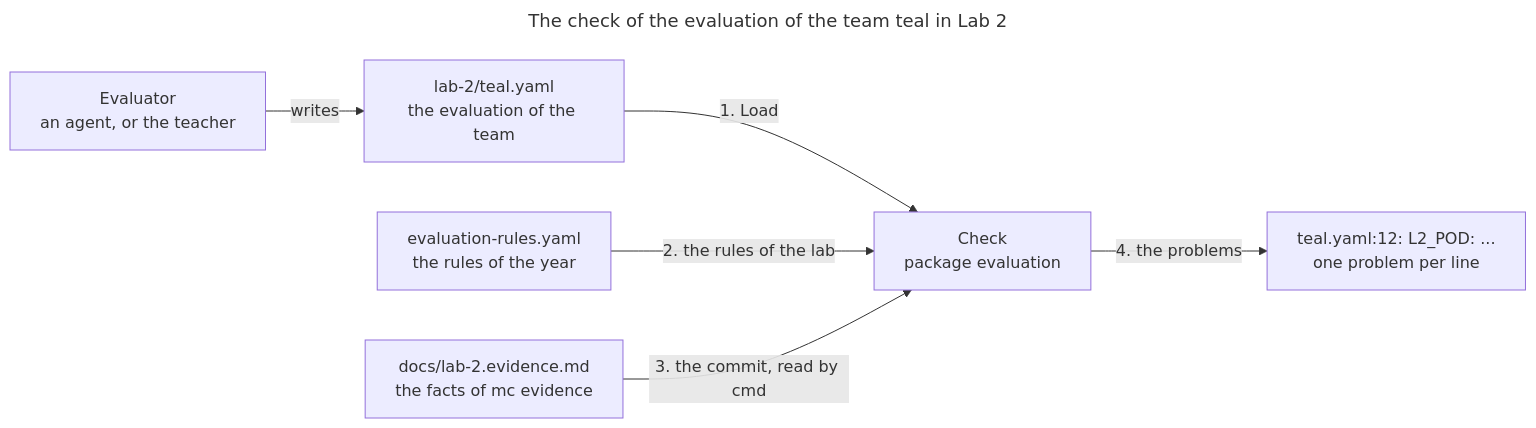
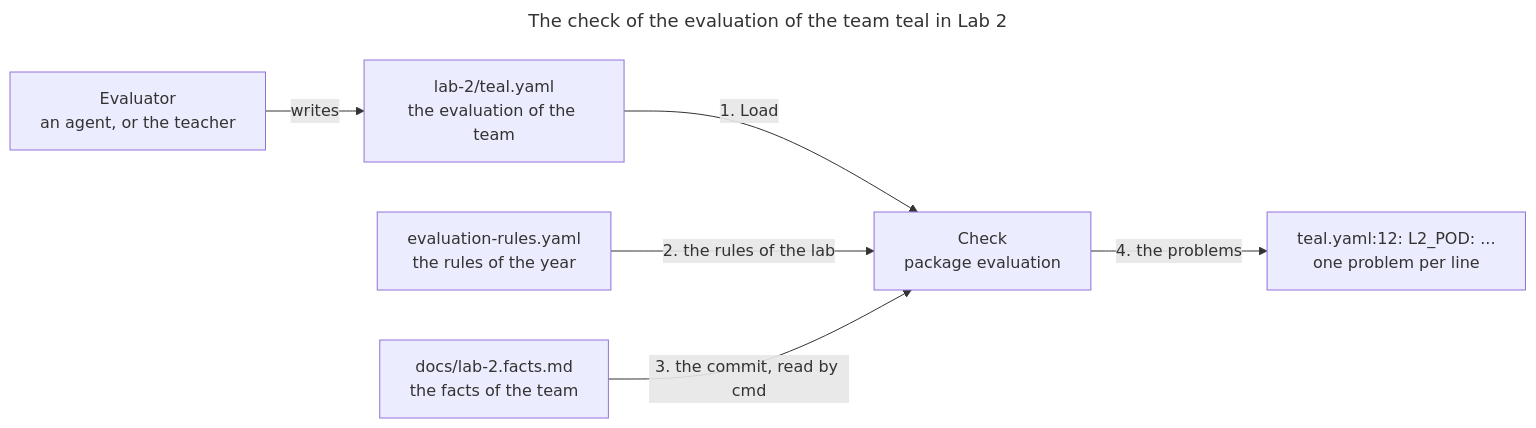
One commit to mincong-classroom/mc changed the first of 2 diagrams in evaluation/README.md. Above: the diagram before and after it, drawn with Mermaid. The commit also changed other lines of this file and 24 other files, not shown here.

Commit message:
Rename mc evidence to mc eval gather-facts, and group the commands of mc --help (#38)

````diff
--- a/evaluation/README.md
+++ b/evaluation/README.md
@@ -43,20 +43,20 @@
 ```mermaid
 ---
 title: "The check of the evaluation of the team teal in Lab 2"
 config:
   flowchart:
     wrappingWidth: 200
 ---
 flowchart LR
   evaluator["Evaluator<br>an agent, or the teacher"]
   file["lab-2/teal.yaml<br>the evaluation of the team"]
   rules["evaluation-rules.yaml<br>the rules of the year"]
-  facts["docs/lab-2.evidence.md<br>the facts of mc evidence"]
+  facts["docs/lab-2.facts.md<br>the facts of the team"]
   check["Check<br>package evaluation"]
   problems["teal.yaml:12: L2_POD: ...<br>one problem per line"]
   evaluator -- "writes" --> file
   file -- "1. Load" --> check
   rules -- "2. the rules of the lab" --> check
   facts -- "3. the commit, read by cmd" --> check
   check -- "4. the problems" --> problems
 ```
````
